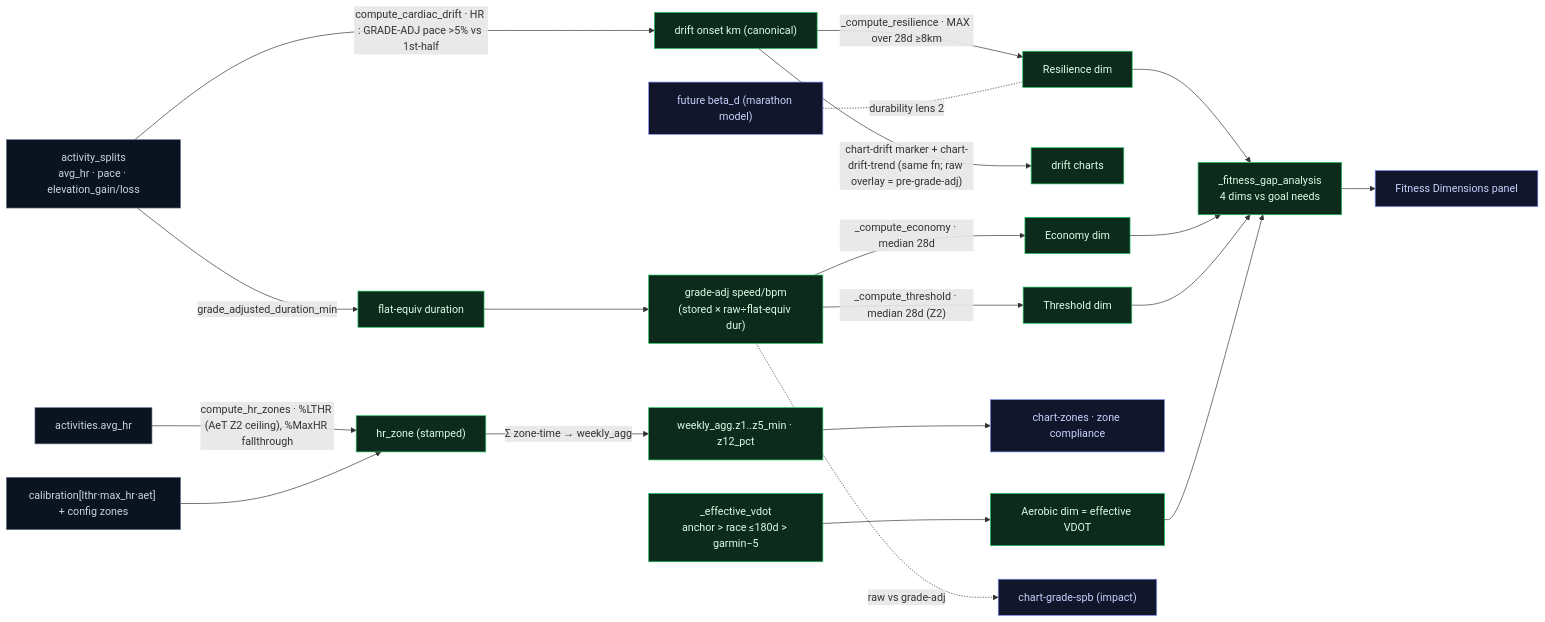
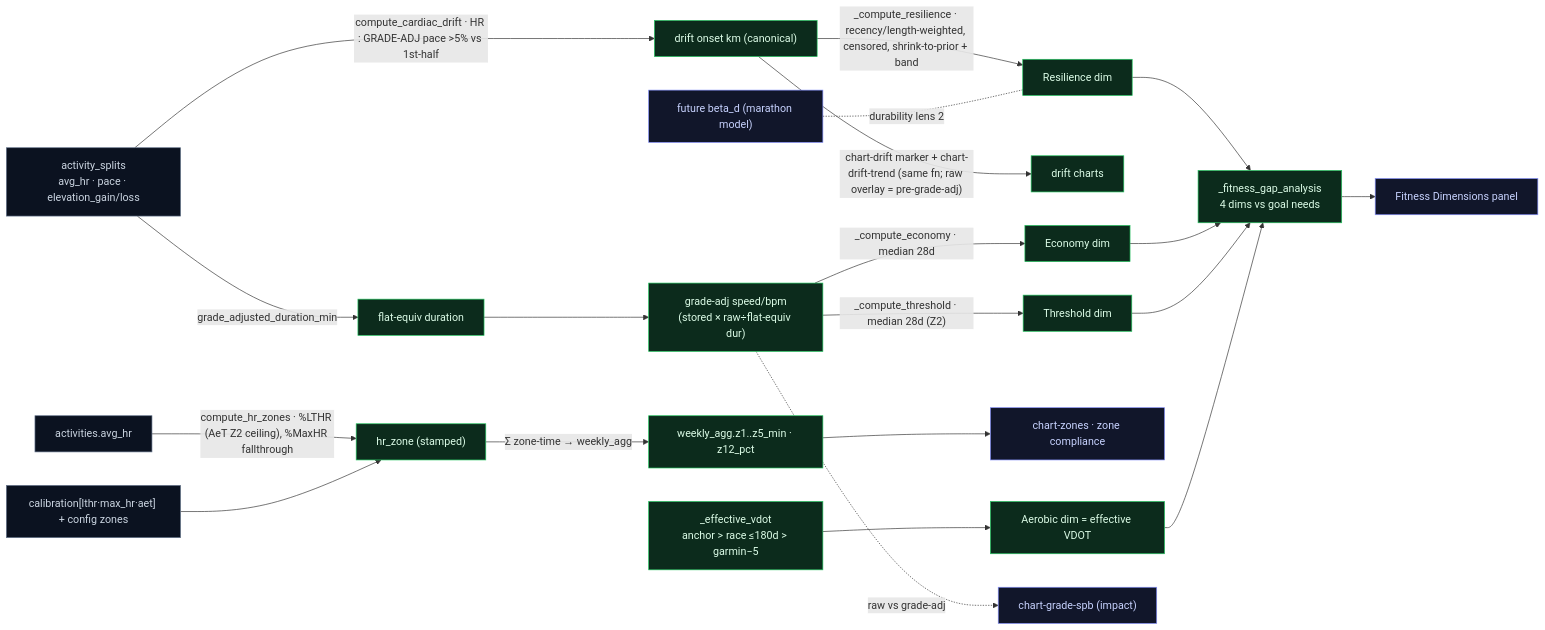
Before and after one commit to BigCrunsh/fit: the fourth of 6 diagrams in docs/DATA_LINEAGE.md, drawn with Mermaid. The commit also changed other lines of this file and 8 other files, not shown here.

````diff
--- a/docs/DATA_LINEAGE.md
+++ b/docs/DATA_LINEAGE.md
@@ -170,30 +170,30 @@
 ```mermaid
 flowchart LR
   classDef src fill:#0b1220,stroke:#64748b,color:#cbd5e1
   classDef fn fill:#0c2b1c,stroke:#22c55e,color:#dcfce7
   classDef dup fill:#2c1010,stroke:#ef4444,color:#fecaca
   classDef out fill:#11162a,stroke:#818cf8,color:#c7d2fe
   SPL["activity_splits<br/>avg_hr · pace · elevation_gain/loss"]:::src
   SPL -->|"compute_cardiac_drift · HR : GRADE-ADJ pace >5% vs 1st-half"| DO["drift onset km (canonical)"]:::fn
-  DO -->|"_compute_resilience · MAX over 28d ≥8km"| RES["Resilience dim"]:::fn
+  DO -->|"_compute_resilience · recency/length-weighted, censored, shrink-to-prior + band"| RES["Resilience dim"]:::fn
   DO -->|"chart-drift marker + chart-drift-trend (same fn; raw overlay = pre-grade-adj)"| CDO["drift charts"]:::fn
   SPL -->|"grade_adjusted_duration_min"| GAD["flat-equiv duration"]:::fn
   SPB["grade-adj speed/bpm<br/>(stored × raw÷flat-equiv dur)"]:::fn
   GAD --> SPB
   SPB -->|"_compute_economy · median 28d"| ECO["Economy dim"]:::fn
   SPB -->|"_compute_threshold · median 28d (Z2)"| THR["Threshold dim"]:::fn
   AHR["activities.avg_hr"]:::src
   CALZ["calibration[lthr·max_hr·aet] + config zones"]:::src
   AHR -->|"compute_hr_zones · %LTHR (AeT Z2 ceiling), %MaxHR fallthrough"| HZ["hr_zone (stamped)"]:::fn
   CALZ --> HZ
   HZ -->|"Σ zone-time → weekly_agg"| ZW["weekly_agg.z1..z5_min · z12_pct"]:::fn
   ZW --> CHZ["chart-zones · zone compliance"]:::out
   RES --> FG["_fitness_gap_analysis<br/>4 dims vs goal needs"]:::fn
   ECO --> FG
   THR --> FG
   VAN["_effective_vdot<br/>anchor > race ≤180d > garmin−5"]:::fn --> AE2["Aerobic dim = effective VDOT"]:::fn
   AE2 --> FG
   FG --> PAN["Fitness Dimensions panel"]:::out
   BD["future beta_d (marathon model)"]:::out -. "durability lens 2" .- RES
   SPB -.->|"raw vs grade-adj"| GAI["chart-grade-spb (impact)"]:::out
 ```
````
